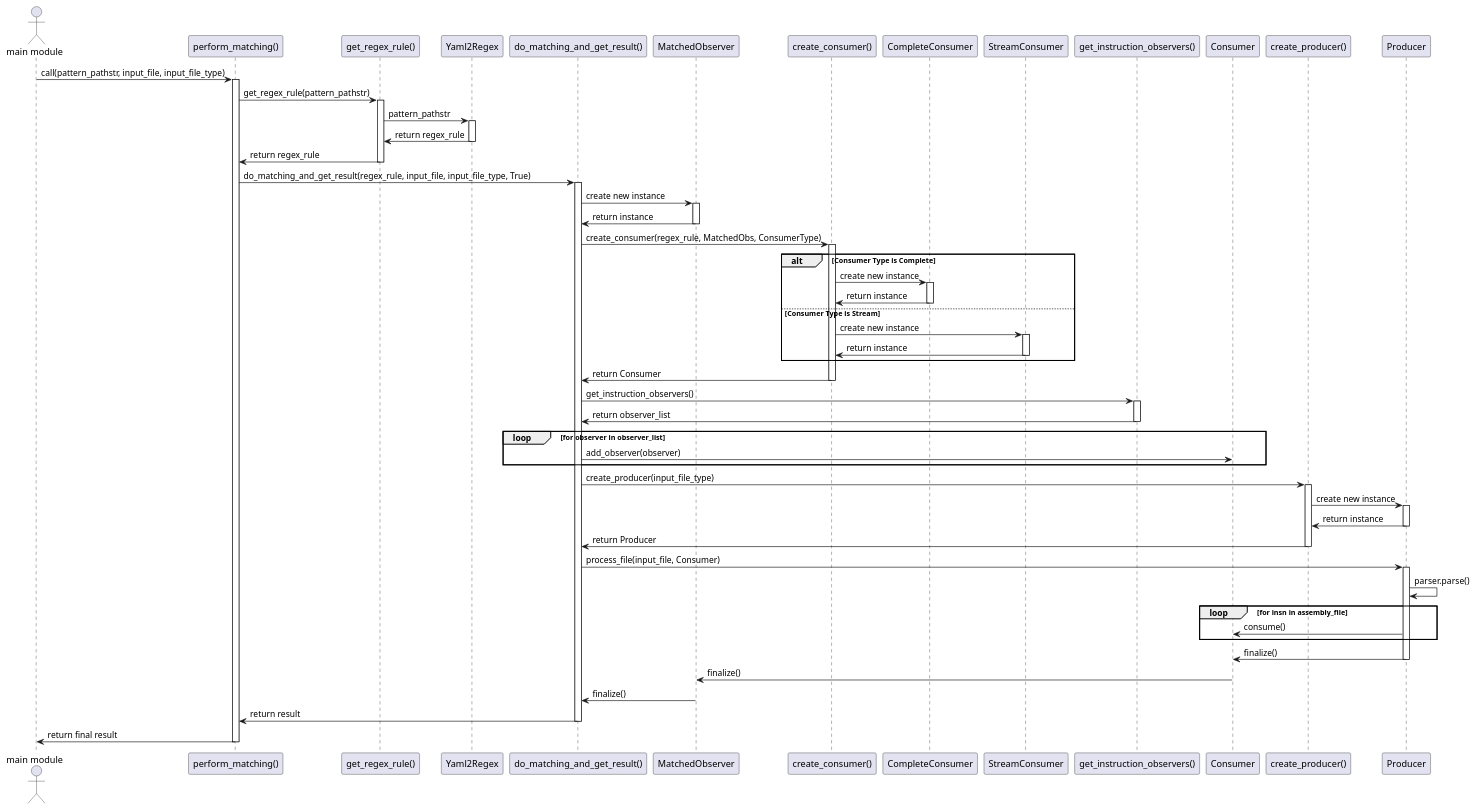
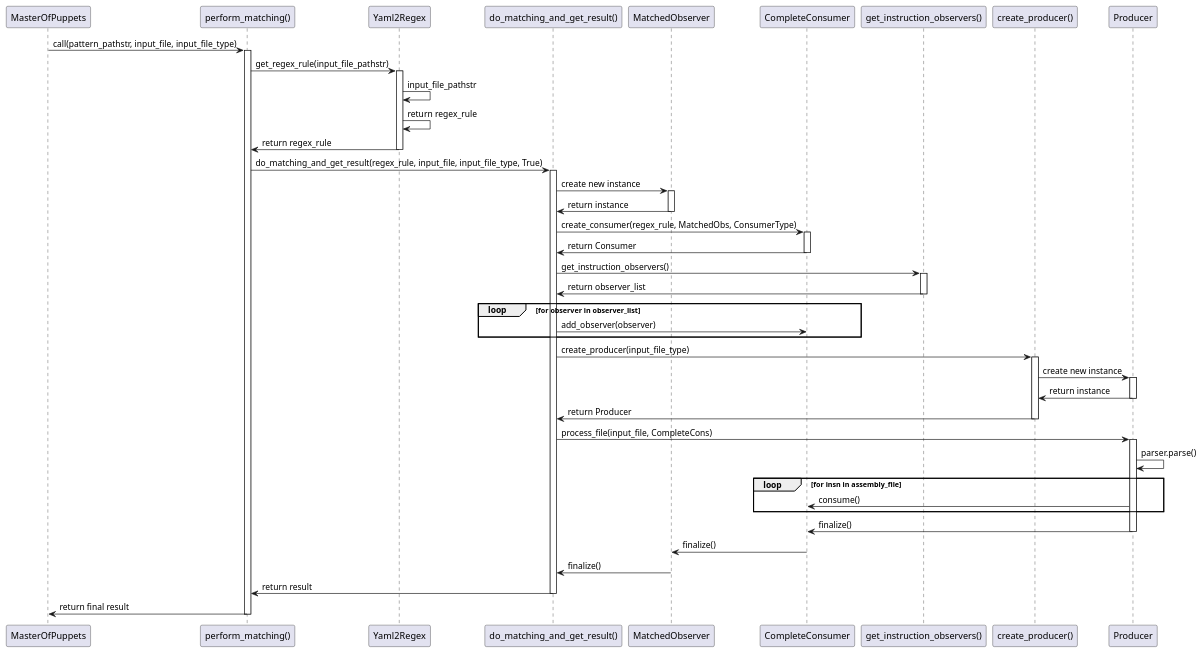
One commit to JukMR/JASM changed the diagram in design/match_module/sequence_diagram_match_module.puml. Above: the diagram before and after it, drawn with PlantUML. The commit also changed 1 other file, not shown here.

Commit message:
Update match sequence diagram

```diff
--- a/design/match_module/sequence_diagram_match_module.puml
+++ b/design/match_module/sequence_diagram_match_module.puml
@@ -1,88 +1,71 @@
 @startuml sequence_diagram_whole_match_module
-actor "main module" as Main
+participant "MasterOfPuppets" as MasterOfPuppets
 participant "perform_matching()" as PerformMatching
-participant "get_regex_rule()" as GetRegexRule
 participant "Yaml2Regex" as Yaml2Regex
 participant "do_matching_and_get_result()" as DoMatching
 participant "MatchedObserver" as MatchedObs
-participant "create_consumer()" as CreateConsumer
 participant "CompleteConsumer" as CompleteCons
-participant "StreamConsumer" as StreamCons
 participant "get_instruction_observers()" as GetObservers
-participant "Consumer" as Consumer
 participant "Producer" as Producer
 participant "create_producer()" as CreateProducer
 participant "ComposableProducer" as Producer
 
-Main -> PerformMatching: call(pattern_pathstr, input_file, input_file_type)
+MasterOfPuppets -> PerformMatching: call(pattern_pathstr, input_file, input_file_type)
 activate PerformMatching
-PerformMatching -> GetRegexRule: get_regex_rule(pattern_pathstr)
-activate GetRegexRule
+        PerformMatching -> Yaml2Regex: get_regex_rule(input_file_pathstr)
 
-GetRegexRule -> Yaml2Regex: pattern_pathstr
-activate Yaml2Regex
-Yaml2Regex -> GetRegexRule: return regex_rule
-deactivate Yaml2Regex
+    activate Yaml2Regex
 
-GetRegexRule -> PerformMatching: return regex_rule
-deactivate GetRegexRule
+        Yaml2Regex -> Yaml2Regex: input_file_pathstr
+        Yaml2Regex -> Yaml2Regex: return regex_rule
 
-PerformMatching -> DoMatching: do_matching_and_get_result(regex_rule, input_file, input_file_type, True)
-activate DoMatching
+        Yaml2Regex -> PerformMatching: return regex_rule
+    deactivate Yaml2Regex
 
-DoMatching -> MatchedObs: create new instance
-activate MatchedObs
-MatchedObs -> DoMatching: return instance
-deactivate MatchedObs
+    PerformMatching -> DoMatching: do_matching_and_get_result(regex_rule, input_file, input_file_type, True)
+    activate DoMatching
 
-DoMatching -> CreateConsumer: create_consumer(regex_rule, MatchedObs, ConsumerType)
-activate CreateConsumer
+            DoMatching -> MatchedObs: create new instance
+            activate MatchedObs
+                MatchedObs -> DoMatching: return instance
+            deactivate MatchedObs
 
-alt Consumer Type is Complete
-    CreateConsumer -> CompleteCons: create new instance
-    activate CompleteCons
-    CompleteCons -> CreateConsumer: return instance
-    deactivate CompleteCons
-else Consumer Type is Stream
-    CreateConsumer -> StreamCons: create new instance
-    activate StreamCons
-    StreamCons -> CreateConsumer: return instance
-    deactivate StreamCons
-end
+        DoMatching -> CompleteCons: create_consumer(regex_rule, MatchedObs, ConsumerType)
 
-CreateConsumer -> DoMatching: return Consumer
-deactivate CreateConsumer
+        activate CompleteCons
+            CompleteCons -> DoMatching: return Consumer
+        deactivate CompleteCons
 
-DoMatching -> GetObservers: get_instruction_observers()
-activate GetObservers
-GetObservers -> DoMatching: return observer_list
-deactivate GetObservers
+        DoMatching -> GetObservers: get_instruction_observers()
+        activate GetObservers
+            GetObservers -> DoMatching: return observer_list
+        deactivate GetObservers
 
-loop for observer in observer_list
-    DoMatching -> Consumer: add_observer(observer)
-end
+        loop for observer in observer_list
+            DoMatching -> CompleteCons: add_observer(observer)
+        end
 
-DoMatching -> CreateProducer: create_producer(input_file_type)
-activate CreateProducer
-CreateProducer -> Producer: create new instance
-activate Producer
-Producer -> CreateProducer: return instance
-deactivate Producer
-CreateProducer -> DoMatching: return Producer
-deactivate CreateProducer
+        DoMatching -> CreateProducer: create_producer(input_file_type)
+        activate CreateProducer
+            CreateProducer -> Producer: create new instance
+            activate Producer
+                Producer -> CreateProducer: return instance
+            deactivate Producer
+            CreateProducer -> DoMatching: return Producer
+        deactivate CreateProducer
 
-DoMatching -> Producer: process_file(input_file, Consumer)
-activate Producer
-Producer -> Producer: parser.parse()
-loop for insn in assembly_file
-    Producer -> Consumer: consume()
-end
-Producer -> Consumer: finalize()
-deactivate Producer
-Consumer -> MatchedObs: finalize()
-MatchedObs -> DoMatching: finalize()
-DoMatching -> PerformMatching: return result
-deactivate DoMatching
-PerformMatching -> Main: return final result
+        DoMatching -> Producer: process_file(input_file, CompleteCons)
+        activate Producer
+            Producer -> Producer: parser.parse()
+            loop for insn in assembly_file
+                Producer -> CompleteCons: consume()
+            end
+            Producer -> CompleteCons: finalize()
+        deactivate Producer
+        CompleteCons -> MatchedObs: finalize()
+        MatchedObs -> DoMatching: finalize()
+        DoMatching -> PerformMatching: return result
+    deactivate DoMatching
+    PerformMatching -> MasterOfPuppets: return final result
 deactivate PerformMatching
 @enduml
```
